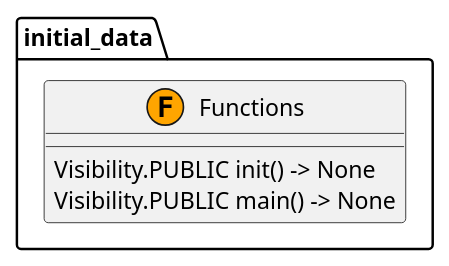
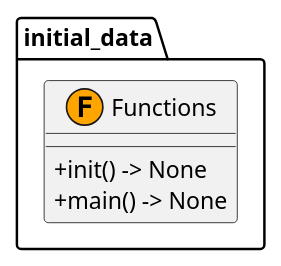
The diagram in docs/source/_generated_uml/initial_data.puml (jswans33/my-full-stack-fastapi-template), drawn with PlantUML before and after one commit. The commit also changed 50 other files, not shown here.

Commit message:
Add configuration module for UML generator and update visibility in UML diagrams

```diff
--- a/docs/source/_generated_uml/initial_data.puml
+++ b/docs/source/_generated_uml/initial_data.puml
@@ -1,12 +1,12 @@
 @startuml
 skinparam classAttributeIconSize 0
 
 package "initial_data" {
   class Functions <<(F,orange)>> {
-    Visibility.PUBLIC init() -> None
-    Visibility.PUBLIC main() -> None
+    +init() -> None
+    +main() -> None
   }
 }
 
 ' Relationships
 @enduml
```
